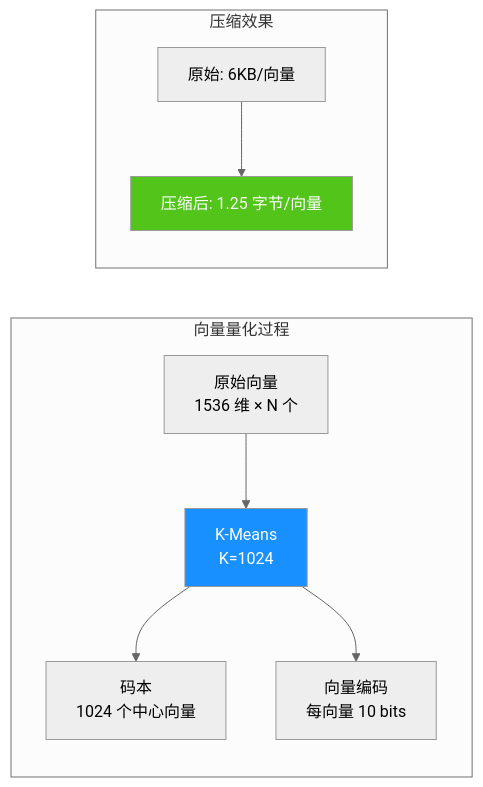
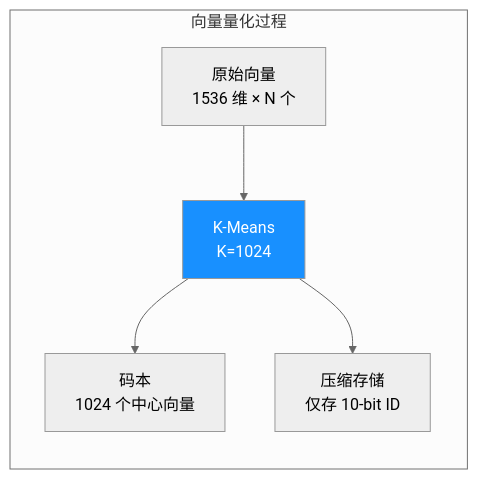
The ninth of 40 diagrams in docs/research/003-vector-search-algorithm.md (ThreeFish-AI/agentic-ai-cognizes), drawn with Mermaid (neutral theme) before and after one commit. The commit also changed other lines of this file, not shown here.

````diff
--- a/docs/research/003-vector-search-algorithm.md
+++ b/docs/research/003-vector-search-algorithm.md
@@ -383,15 +385,10 @@
 ```mermaid
 graph LR
     subgraph "向量量化过程"
         V[原始向量<br/>1536 维 × N 个] --> KM[K-Means<br/>K=1024]
         KM --> CB[码本<br/>1024 个中心向量]
-        KM --> ID[向量编码<br/>每向量 10 bits]
-    end
-
-    subgraph "压缩效果"
-        ORIG[原始: 6KB/向量] --> COMP[压缩后: 1.25 字节/向量]
+        KM --> ID[压缩存储<br/>仅存 10-bit ID]
     end
 
     style KM fill:#1890ff,color:#fff
-    style COMP fill:#52c41a,color:#fff
 ```
````
